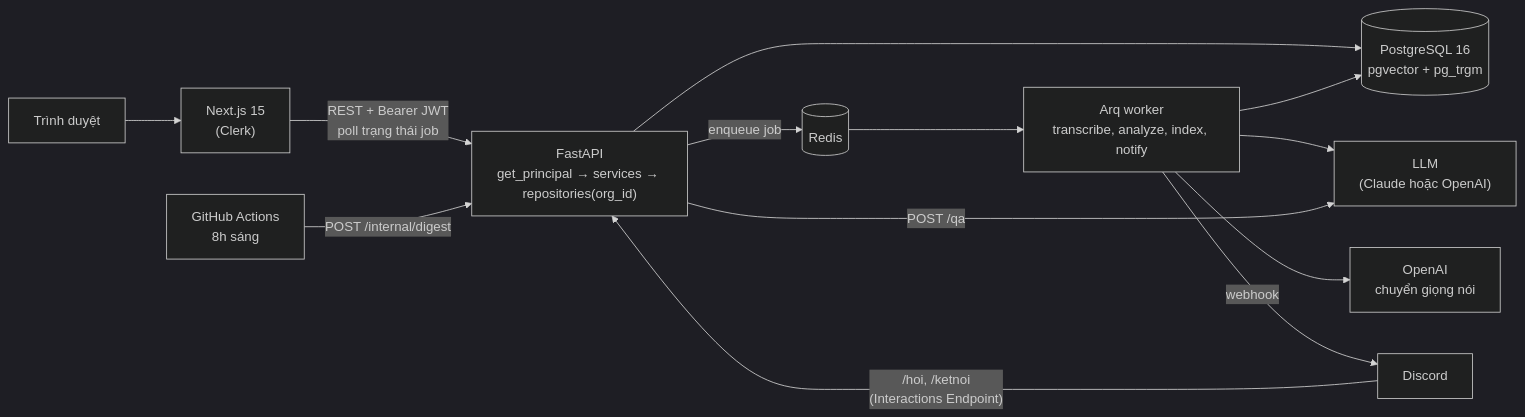
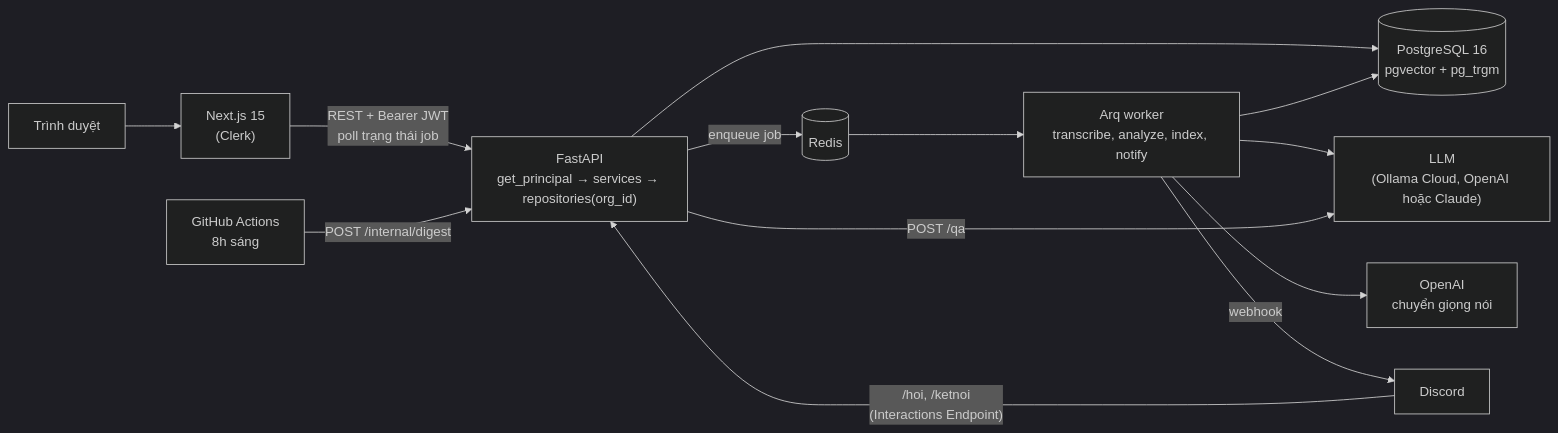
One commit to nuroqzavitex/meetmind-ai changed the diagram in README.md. Above: the diagram before and after it, drawn with Mermaid (dark theme). The commit also changed other lines of this file and 11 other files, not shown here.

Commit message:
feat(llm): add an ollama provider (Ollama Cloud, OpenAI-compatible) and retry one malformed answer; deploy on gemma4:31b

````diff
--- a/README.md
+++ b/README.md
@@ -36,15 +36,15 @@
 ```mermaid
 flowchart LR
     B[Trình duyệt] --> FE["Next.js 15<br/>(Clerk)"]
     FE -- "REST + Bearer JWT<br/>poll trạng thái job" --> API["FastAPI<br/>get_principal → services → repositories(org_id)"]
     API --> PG[("PostgreSQL 16<br/>pgvector + pg_trgm")]
     API -- "enqueue job" --> R[(Redis)]
     R --> W["Arq worker<br/>transcribe, analyze, index, notify"]
     W --> PG
-    W --> C["LLM<br/>(Claude hoặc OpenAI)"]
+    W --> C["LLM<br/>(Ollama Cloud, OpenAI hoặc Claude)"]
     W --> STT["OpenAI<br/>chuyển giọng nói"]
     API -- "POST /qa" --> C
     W -- "webhook" --> DC["Discord"]
     DC -- "/hoi, /ketnoi<br/>(Interactions Endpoint)" --> API
     GH["GitHub Actions<br/>8h sáng"] -- "POST /internal/digest" --> API
 ```
````
